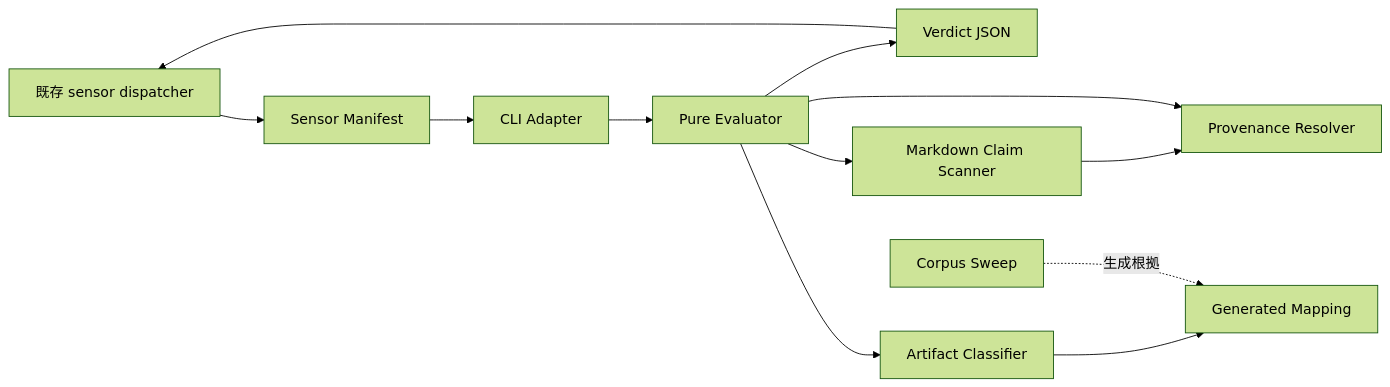
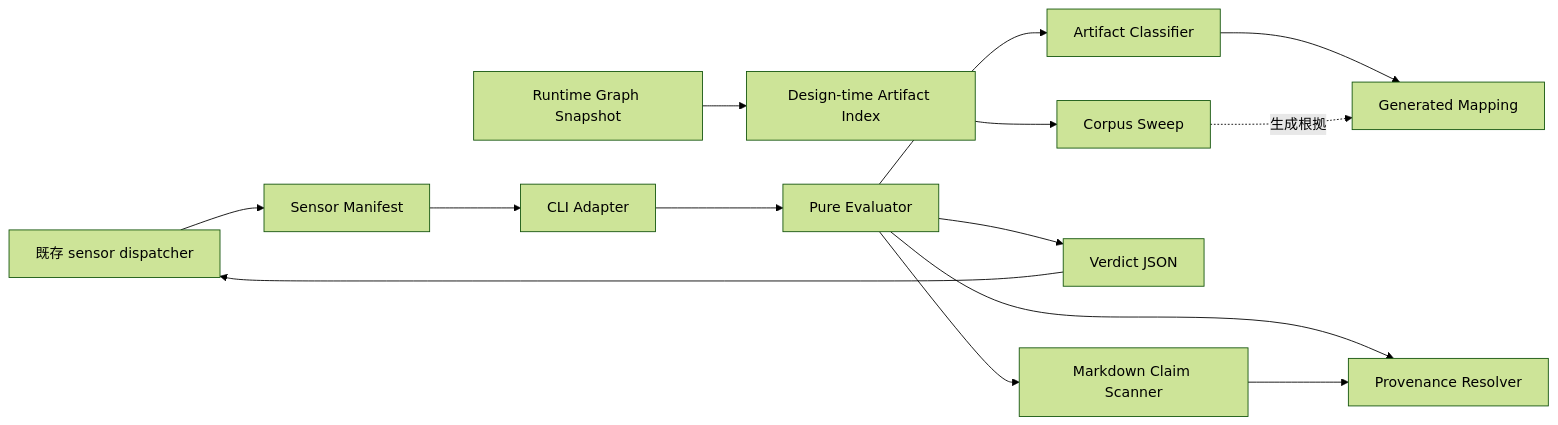
Before and after one commit to amadeus-dlc/amadeus: the diagram in amadeus/spaces/default/intents/260810-numeric-provenance-guard/inception/application-design/components.md, drawn with Mermaid (forest theme). The commit also changed other lines of this file and 36 other files, not shown here.

````diff
--- a/amadeus/spaces/default/intents/260810-numeric-provenance-guard/inception/application-design/components.md
+++ b/amadeus/spaces/default/intents/260810-numeric-provenance-guard/inception/application-design/components.md
@@ -36,14 +38,16 @@
 ```mermaid
 flowchart LR
   D[既存 sensor dispatcher] --> M[Sensor Manifest]
   M --> C[CLI Adapter]
   C --> E[Pure Evaluator]
   E --> A[Artifact Classifier]
   E --> S[Markdown Claim Scanner]
   E --> P[Provenance Resolver]
   A --> G[Generated Mapping]
   S --> P
   E --> V[Verdict JSON]
   V --> D
-  W[Corpus Sweep] -. 生成根拠 .-> G
+  R[Runtime Graph Snapshot] --> I[Design-time Artifact Index]
+  I --> W[Corpus Sweep]
+  W -. 生成根拠 .-> G
 ```
````
